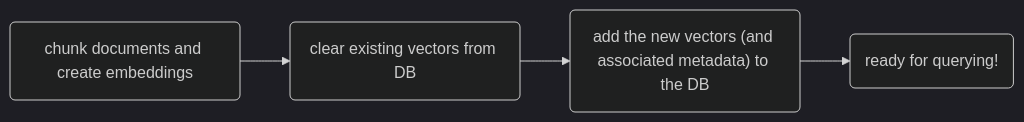
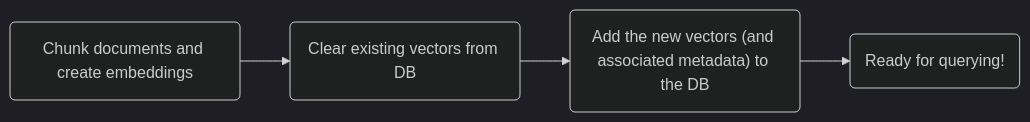
Before and after one commit to svalenziano/yara: the second of 5 diagrams in README.md, drawn with Mermaid (dark theme). The commit also changed other lines of this file and 44 other files, not shown here.

````diff
--- a/README.md
+++ b/README.md
@@ -90,10 +105,10 @@
 ```mermaid
     flowchart LR
-        a(chunk documents and create embeddings)
-        b(clear existing vectors from DB)
-        c("add the new vectors (and associated metadata) to the DB")
-        d(ready for querying!)
+        a(Chunk documents and create embeddings)
+        b(Clear existing vectors from DB)
+        c("Add the new vectors (and associated metadata) to the DB")
+        d(Ready for querying!)
         a-->b
         b-->c
         c-->d
 ```
````
